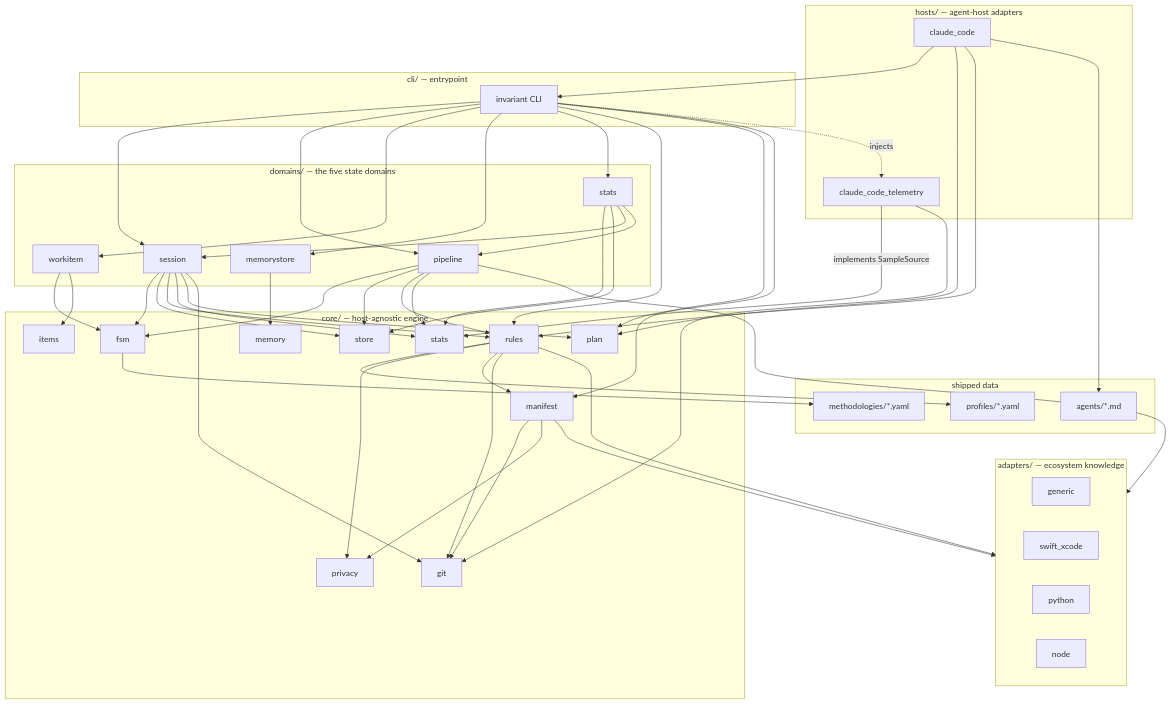
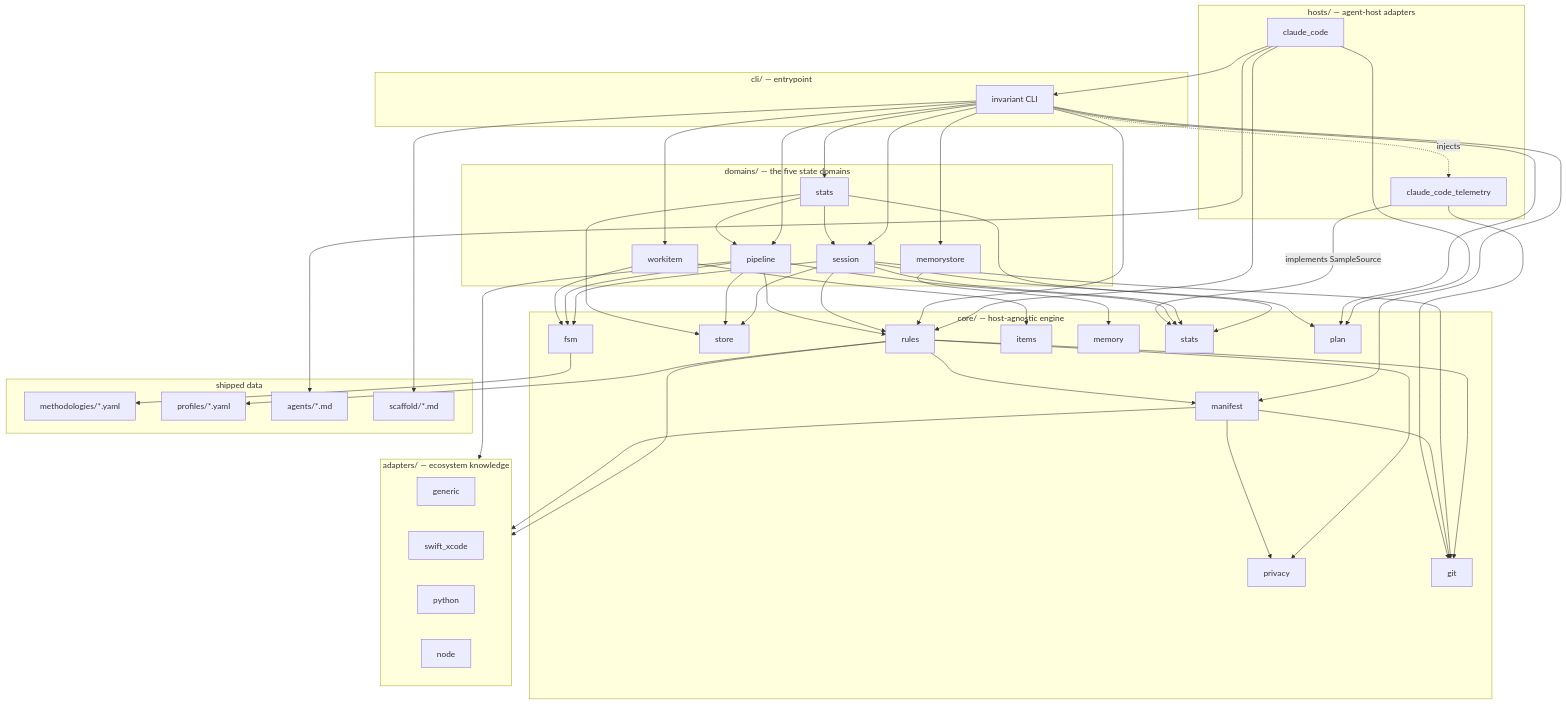
One commit to Mindchallenges/Invariant changed the first of 3 diagrams in docs/architecture/overview.md. Above: the diagram before and after it, drawn with Mermaid. The commit also changed other lines of this file and 23 other files, not shown here.

````diff
--- a/docs/architecture/overview.md
+++ b/docs/architecture/overview.md
@@ -52,6 +52,7 @@
         METH[methodologies/*.yaml]
         PROF[profiles/*.yaml]
         AGENTS[agents/*.md]
+        SCAFFOLD[scaffold/*.md]
     end
 
     CC --> CLI
@@ -98,4 +99,5 @@
     MANIFEST --> adapters
     PIPELINE --> adapters
     CC --> AGENTS
+    CLI --> SCAFFOLD
 ```
````
